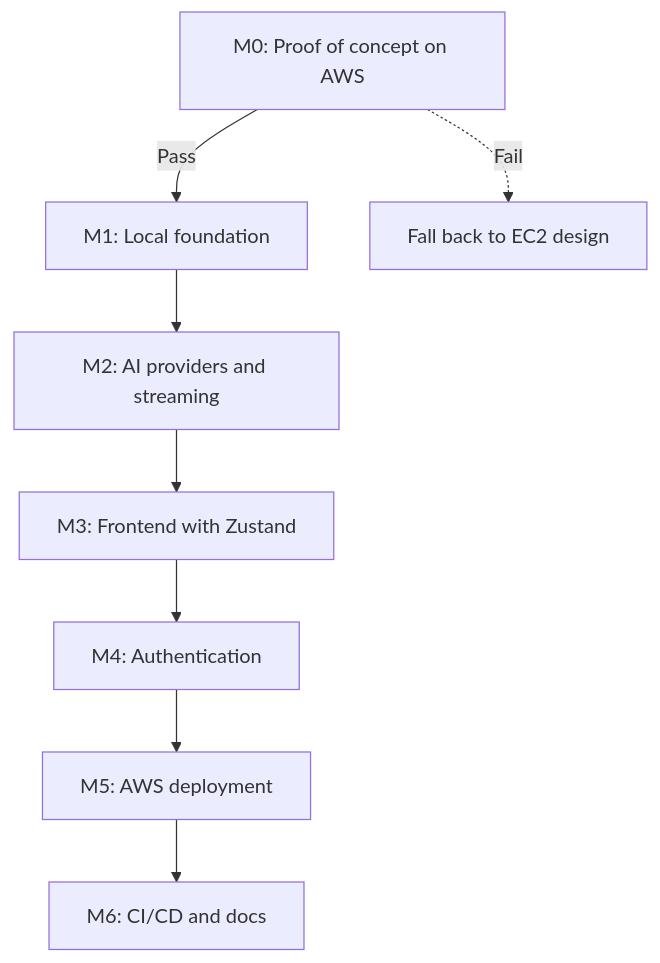
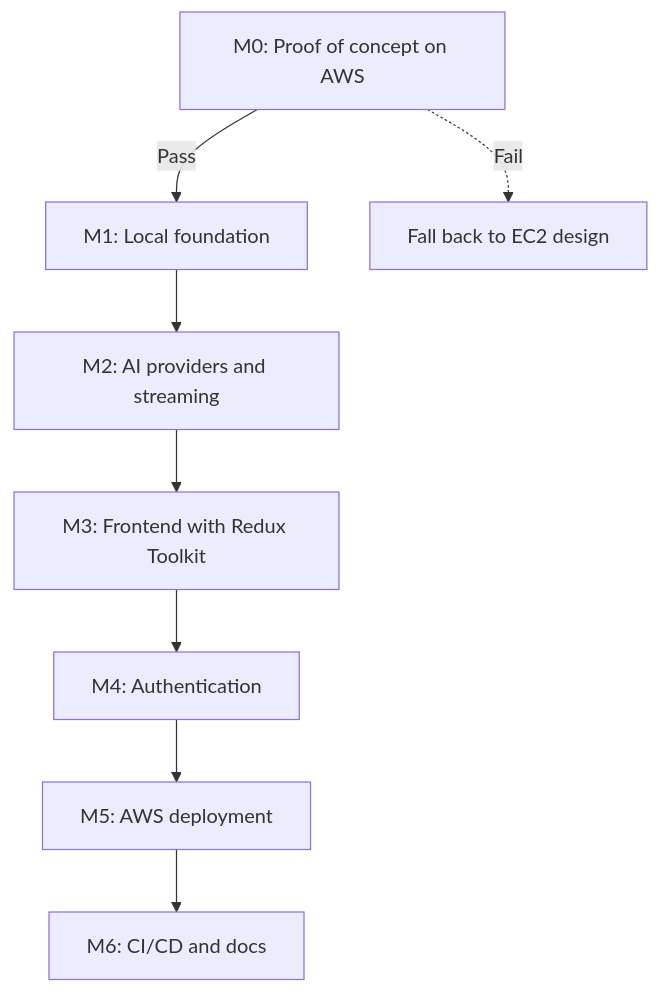
Before and after one commit to taitrd/ai-powered-chat: the diagram in docs/diagrams/milestones.mmd, drawn with Mermaid. The commit also changed 11 other files, not shown here.

```diff
--- a/docs/diagrams/milestones.mmd
+++ b/docs/diagrams/milestones.mmd
@@ -1,8 +1,8 @@
 flowchart TD
     M0[M0: Proof of concept on AWS] -->|Pass| M1[M1: Local foundation]
     M0 -.->|Fail| F[Fall back to EC2 design]
     M1 --> M2[M2: AI providers and streaming]
-    M2 --> M3[M3: Frontend with Zustand]
+    M2 --> M3[M3: Frontend with Redux Toolkit]
     M3 --> M4[M4: Authentication]
     M4 --> M5[M5: AWS deployment]
     M5 --> M6[M6: CI/CD and docs]
```
